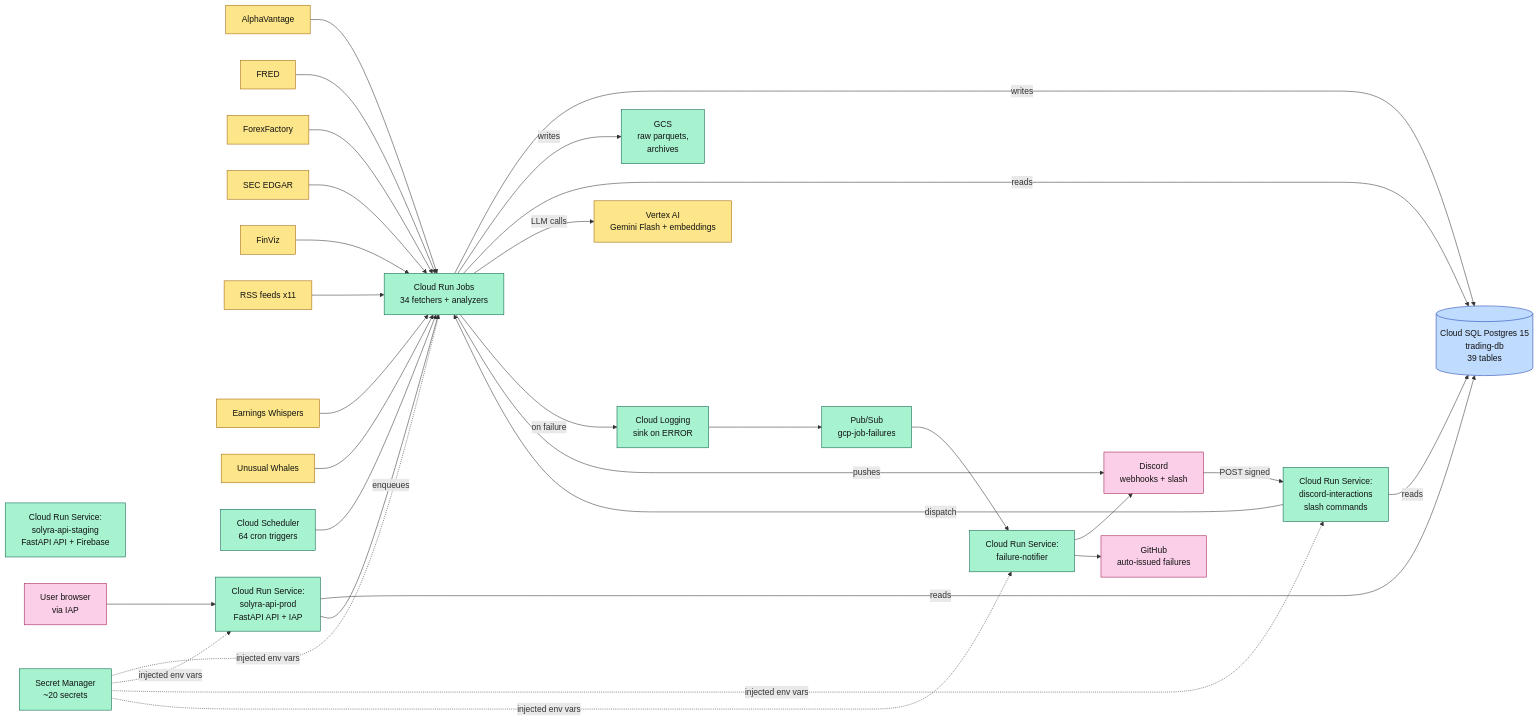
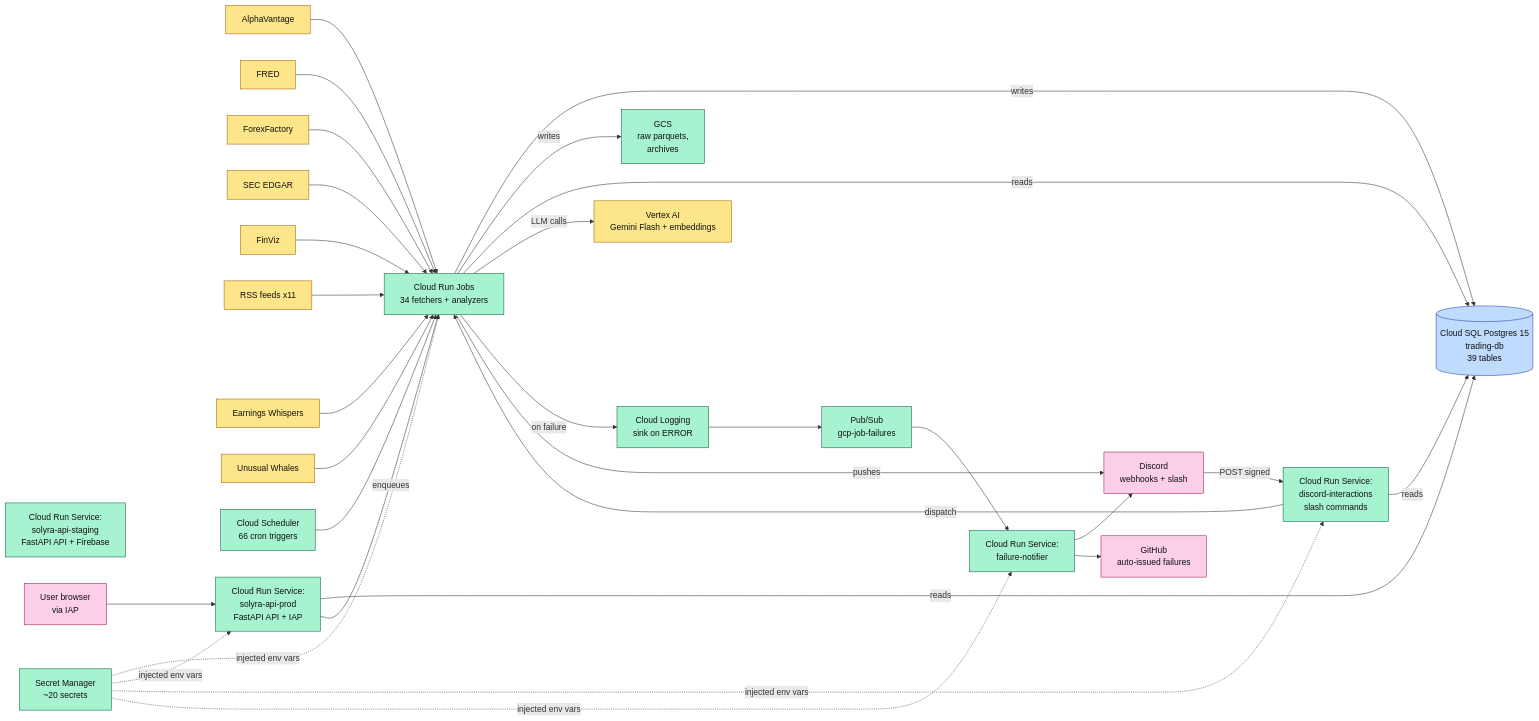
Before and after one commit to TeneikaAskew/stocks: the first of 9 diagrams in docs/GCP_ARCHITECTURE.md, drawn with Mermaid. The commit also changed other lines of this file and 12 other files, not shown here.

````diff
--- a/docs/GCP_ARCHITECTURE.md
+++ b/docs/GCP_ARCHITECTURE.md
@@ -52,57 +52,57 @@
 ```mermaid
 flowchart LR
     classDef ext fill:#fde68a,stroke:#a16207,color:#111
     classDef gcp fill:#a7f3d0,stroke:#065f46,color:#111
     classDef db  fill:#bfdbfe,stroke:#1e40af,color:#111
     classDef out fill:#fbcfe8,stroke:#9d174d,color:#111
 
     AV[AlphaVantage]:::ext
     FRED[FRED]:::ext
     FF[ForexFactory]:::ext
     EDGAR[SEC EDGAR]:::ext
     FV[FinViz]:::ext
     RSS[RSS feeds x11]:::ext
     EW[Earnings Whispers]:::ext
     UW[Unusual Whales]:::ext
 
-    SCH[Cloud Scheduler<br/>64 cron triggers]:::gcp
+    SCH[Cloud Scheduler<br/>66 cron triggers]:::gcp
     JOBS[Cloud Run Jobs<br/>34 fetchers + analyzers]:::gcp
     SVC1[Cloud Run Service:<br/>solyra-api-prod<br/>FastAPI API + IAP]:::gcp
     SVC1S[Cloud Run Service:<br/>solyra-api-staging<br/>FastAPI API + Firebase]:::gcp
     SVC2[Cloud Run Service:<br/>discord-interactions<br/>slash commands]:::gcp
     SVC3[Cloud Run Service:<br/>failure-notifier]:::gcp
     GCS[GCS<br/>raw parquets,<br/>archives]:::gcp
     SQL[(Cloud SQL Postgres 15<br/>trading-db<br/>39 tables)]:::db
     SECR[Secret Manager<br/>~20 secrets]:::gcp
     PS[Pub/Sub<br/>gcp-job-failures]:::gcp
     LG[Cloud Logging<br/>sink on ERROR]:::gcp
     VAI[Vertex AI<br/>Gemini Flash + embeddings]:::ext
 
     DSC[Discord<br/>webhooks + slash]:::out
     GH[GitHub<br/>auto-issued failures]:::out
     USR[User browser<br/>via IAP]:::out
 
     AV & FRED & FF & EDGAR & FV & RSS & EW & UW --> JOBS
     SCH --> JOBS
     JOBS -- writes --> SQL
     JOBS -- writes --> GCS
     JOBS -- reads --> SQL
     JOBS -- LLM calls --> VAI
 
     USR --> SVC1
     SVC1 -- reads --> SQL
     SVC1 -- enqueues --> JOBS
 
     DSC -- POST signed --> SVC2
     SVC2 -- dispatch --> JOBS
     SVC2 -- reads --> SQL
 
     JOBS -- on failure --> LG
     LG --> PS
     PS --> SVC3
     SVC3 --> DSC
     SVC3 --> GH
 
     JOBS -- pushes --> DSC
     SECR -. injected env vars .-> JOBS & SVC1 & SVC2 & SVC3
 ```
````
